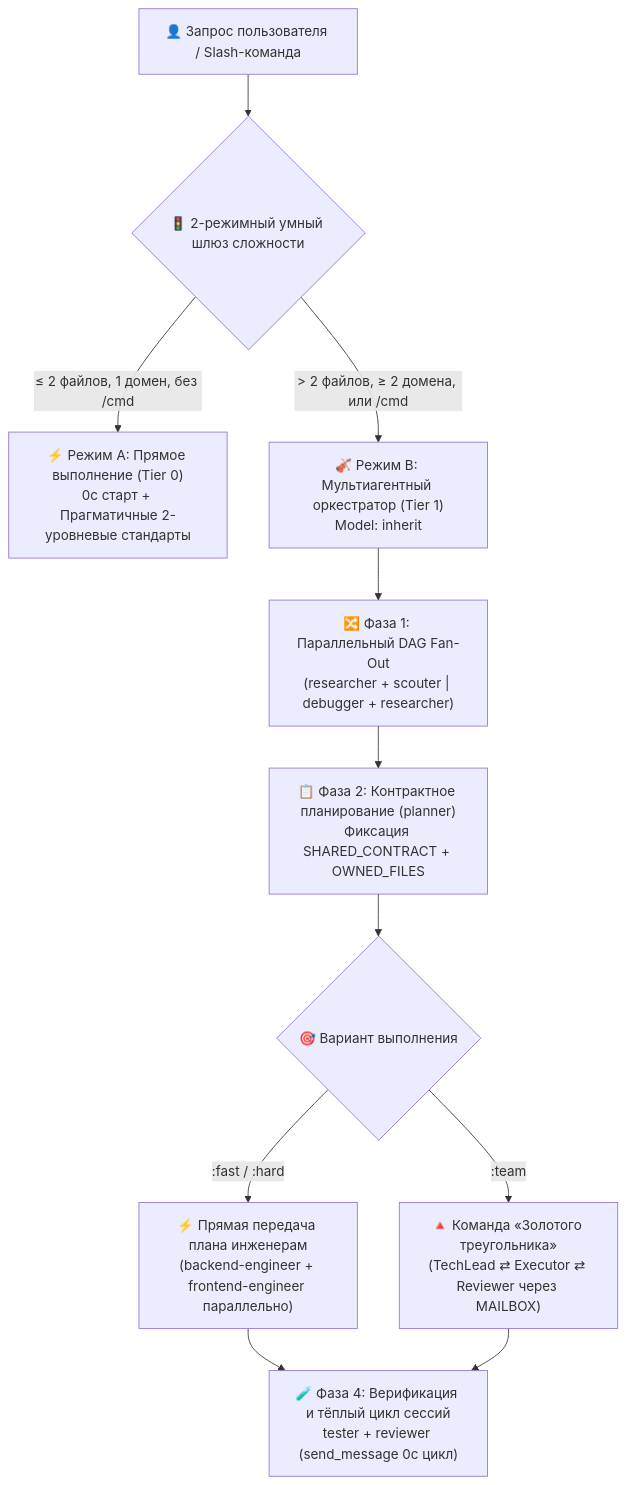
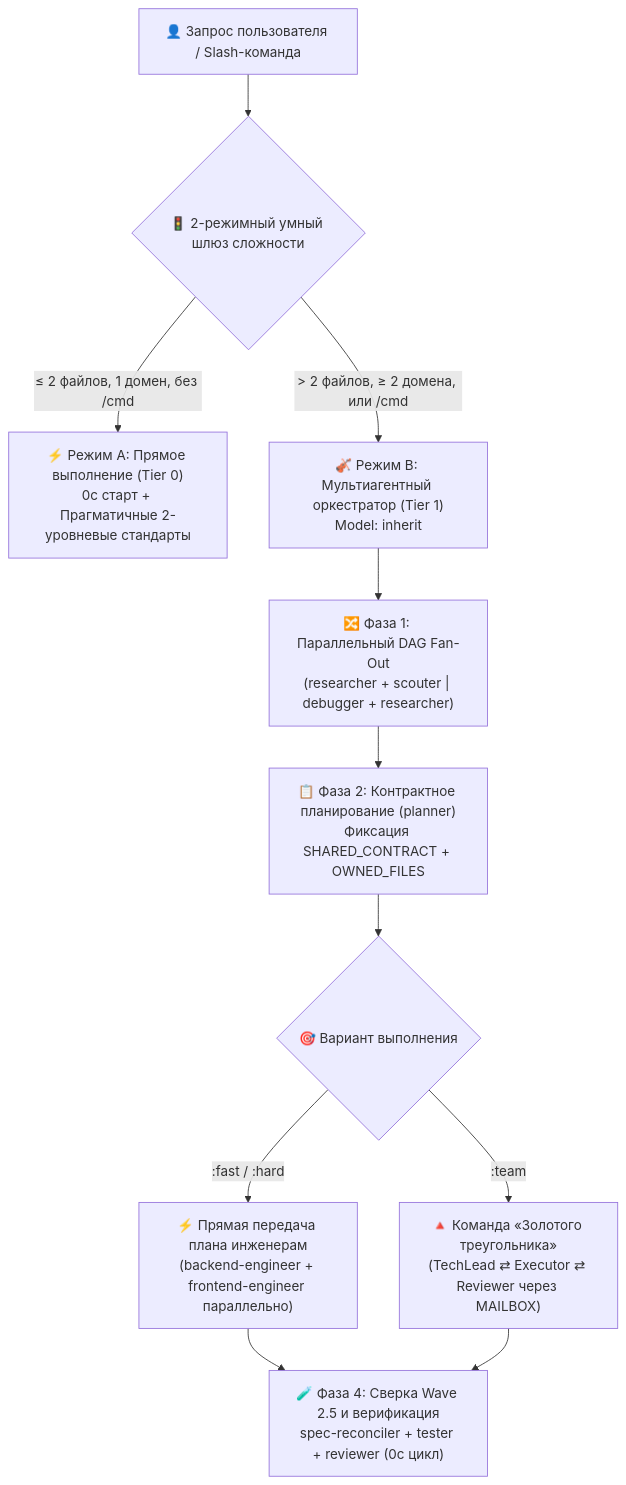
One commit to Kennyboom/BoomOpen-Workflow-Kit-Pro changed the diagram in i18n/README.ru.md. Above: the diagram before and after it, drawn with Mermaid. The commit also changed other lines of this file and 17 other files, not shown here.

````diff
--- a/i18n/README.ru.md
+++ b/i18n/README.ru.md
@@ -49,16 +49,16 @@
 ```mermaid
 flowchart TD
     User["👤 Запрос пользователя / Slash-команда"] --> Gate{"🚦 2-режимный умный шлюз сложности"}
     Gate -->|"≤ 2 файлов, 1 домен, без /cmd"| ModeA["⚡ Режим A: Прямое выполнение (Tier 0)<br/>0с старт + Прагматичные 2-уровневые стандарты"]
     Gate -->|"> 2 файлов, ≥ 2 домена, или /cmd"| ModeB["🎻 Режим B: Мультиагентный оркестратор (Tier 1)<br/>Model: inherit"]
 
     ModeB --> FanOut["🔀 Фаза 1: Параллельный DAG Fan-Out<br/>(researcher + scouter | debugger + researcher)"]
     FanOut --> Plan["📋 Фаза 2: Контрактное планирование (planner)<br/>Фиксация SHARED_CONTRACT + OWNED_FILES"]
     Plan --> Dispatch{"🎯 Вариант выполнения"}
 
     Dispatch -->|":fast / :hard"| Direct["⚡ Прямая передача плана инженерам<br/>(backend-engineer + frontend-engineer параллельно)"]
     Dispatch -->|":team"| Triangle["🔺 Команда «Золотого треугольника»<br/>(TechLead ⇄ Executor ⇄ Reviewer через MAILBOX)"]
 
-    Direct --> Verify["🧪 Фаза 4: Верификация и тёплый цикл сессий<br/>tester + reviewer (send_message 0с цикл)"]
+    Direct --> Verify["🧪 Фаза 4: Сверка Wave 2.5 и верификация<br/>spec-reconciler + tester + reviewer (0с цикл)"]
     Triangle --> Verify
 ```
````
